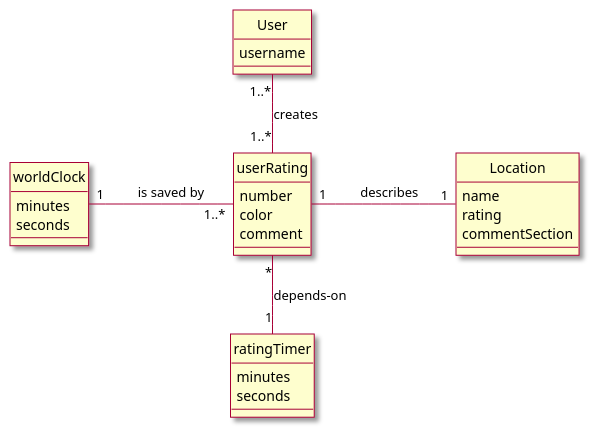
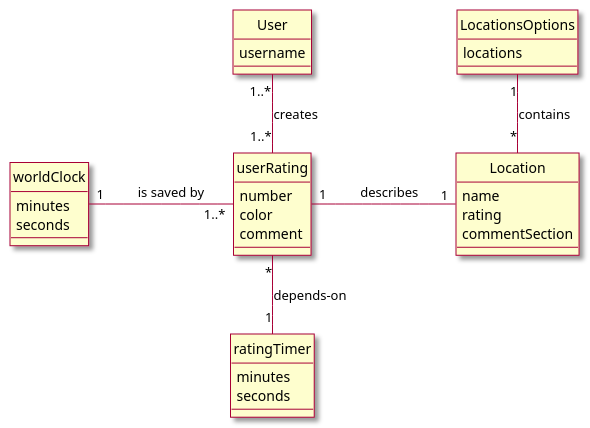
Before and after one commit to manoushpajouh/Vassar-Crowdmeter: the diagram in intellij/documentation/design.md, drawn with PlantUML.

Commit message:
updated design document spelling

````diff
--- a/intellij/documentation/design.md
+++ b/intellij/documentation/design.md
@@ -3,47 +3,50 @@
 ```plantuml
 @startuml
 
 skin rose 
 
 hide circle 
 hide circle 
 
 ' classes 
 
 class Location {
 name
 rating
 commentSection
 }
 
 class ratingTimer{
 minutes
 seconds
 }
 
 class worldClock{
 minutes
 seconds
 }
 
 class userRating{
 number
 color
 comment
 }
 
 class User{
 username
 }
 
-
+class LocationsOptions{
+locations
+}
 
 
 ' associations 
 userRating "1"  - "1" Location : \t describes \t
 userRating "*" -- "1" ratingTimer : depends-on \t
 User "1..*" -- "1..*" userRating : creates
 worldClock "1" -right- "1..*" userRating : \t is saved by \t
+LocationsOptions "1" -down- "*" Location : contains
 
 @enduml
 ```
````
